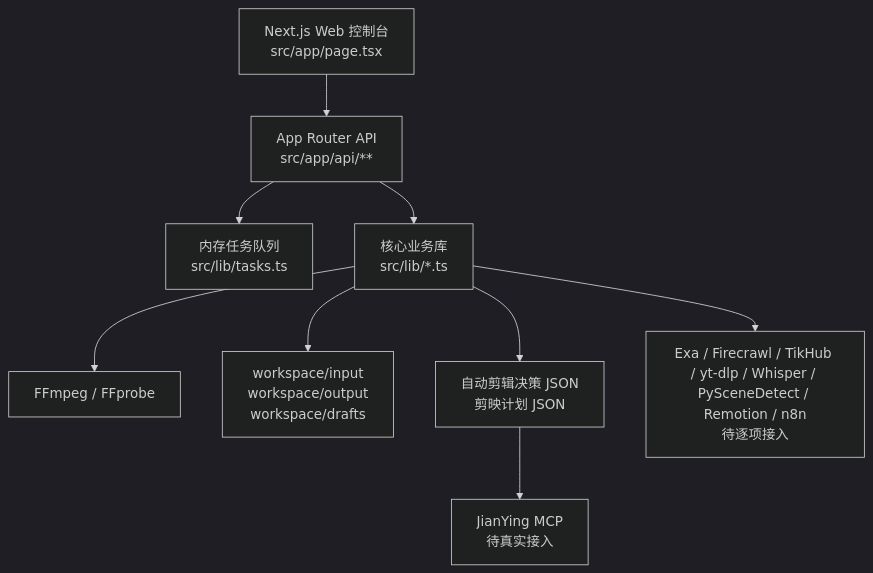
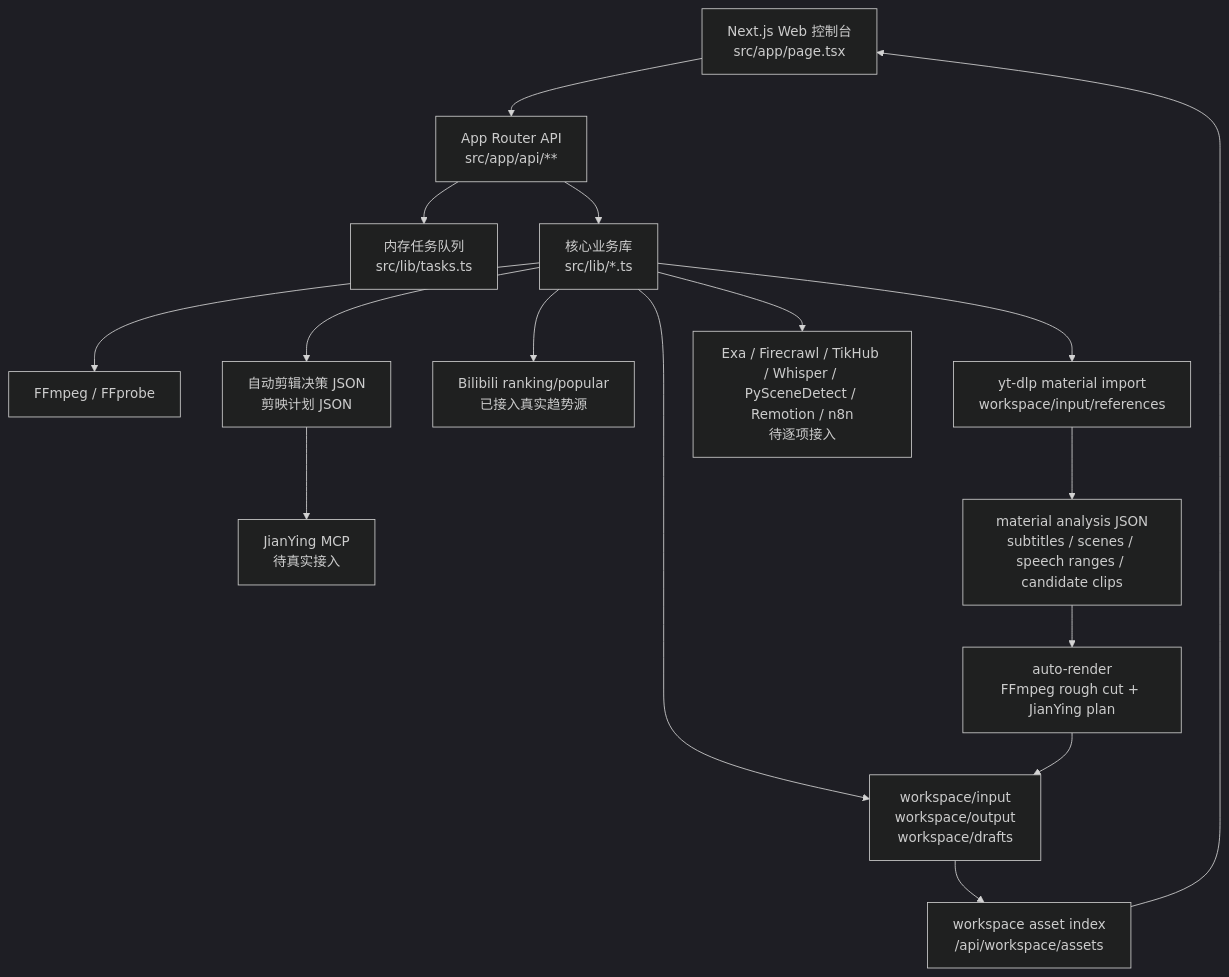
One commit to LinXingjian365/ai-video-creator changed the diagram in docs/ARCHITECTURE.md. Above: the diagram before and after it, drawn with Mermaid (dark theme). The commit also changed other lines of this file and 34 other files, not shown here.

````diff
--- a/docs/ARCHITECTURE.md
+++ b/docs/ARCHITECTURE.md
@@ -5,11 +5,18 @@
 ```mermaid
 flowchart TB
   UI["Next.js Web 控制台\nsrc/app/page.tsx"] --> API["App Router API\nsrc/app/api/**"]
   API --> Tasks["内存任务队列\nsrc/lib/tasks.ts"]
   API --> Core["核心业务库\nsrc/lib/*.ts"]
   Core --> FFmpeg["FFmpeg / FFprobe"]
   Core --> Workspace["workspace/input\nworkspace/output\nworkspace/drafts"]
+  Workspace --> AssetIndex["workspace asset index\n/api/workspace/assets"]
+  AssetIndex --> UI
   Core --> Plans["自动剪辑决策 JSON\n剪映计划 JSON"]
   Plans --> JianYing["JianYing MCP\n待真实接入"]
-  Core --> External["Exa / Firecrawl / TikHub / yt-dlp / Whisper / PySceneDetect / Remotion / n8n\n待逐项接入"]
+  Core --> Trend["Bilibili ranking/popular\n已接入真实趋势源"]
+  Core --> Materials["yt-dlp material import\nworkspace/input/references"]
+  Materials --> Analysis["material analysis JSON\nsubtitles / scenes / speech ranges / candidate clips"]
+  Analysis --> AutoRender["auto-render\nFFmpeg rough cut + JianYing plan"]
+  AutoRender --> Workspace
+  Core --> External["Exa / Firecrawl / TikHub / Whisper / PySceneDetect / Remotion / n8n\n待逐项接入"]
 ```
````
